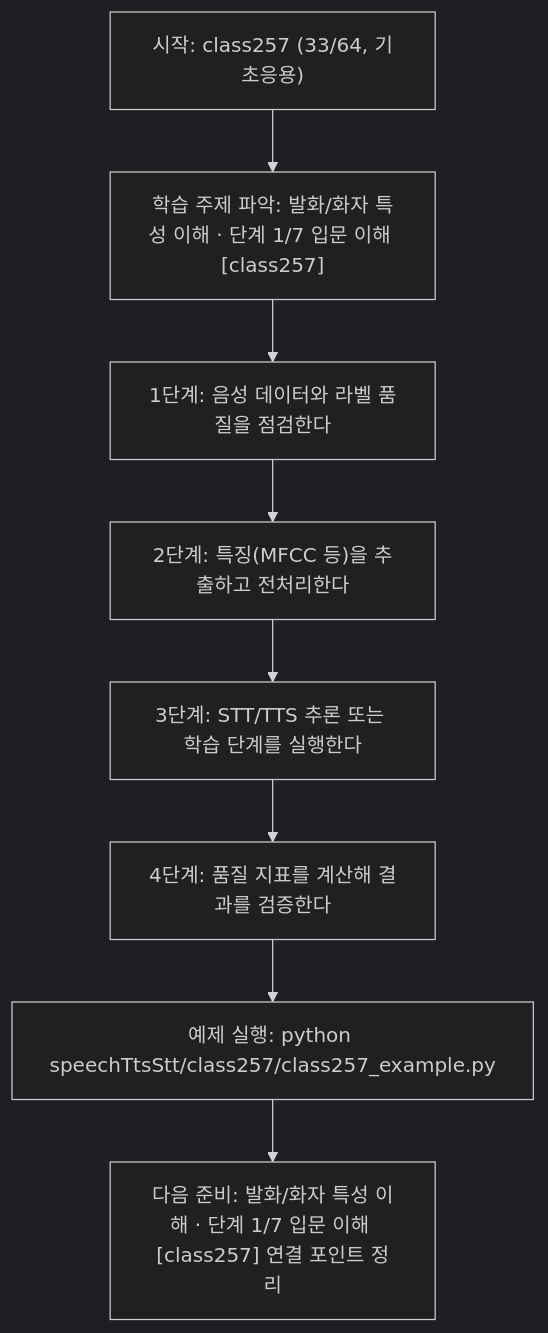
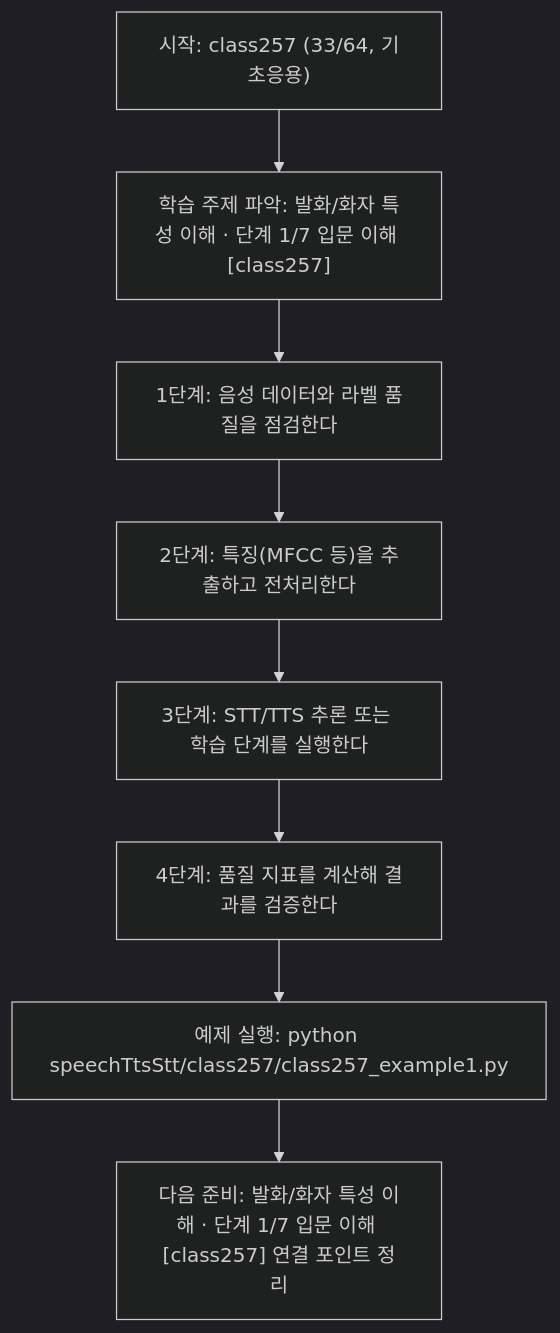
The diagram in speechTtsStt/class257/class257.md (edumgt/Python-AI_Agent-Class), drawn with Mermaid (dark theme) before and after one commit. The commit also changed other lines of this file and 2959 other files, not shown here.

````diff
--- a/speechTtsStt/class257/class257.md
+++ b/speechTtsStt/class257/class257.md
@@ -115,18 +115,18 @@
 ```mermaid
 flowchart TD
 N1["시작: class257 (33/64, 기초응용)"]
 N2["학습 주제 파악: 발화/화자 특성 이해 · 단계 1/7 입문 이해 [class257]"]
 N3["1단계: 음성 데이터와 라벨 품질을 점검한다"]
 N4["2단계: 특징(MFCC 등)을 추출하고 전처리한다"]
 N5["3단계: STT/TTS 추론 또는 학습 단계를 실행한다"]
 N6["4단계: 품질 지표를 계산해 결과를 검증한다"]
-N7["예제 실행: python speechTtsStt/class257/class257_example.py"]
+N7["예제 실행: python speechTtsStt/class257/class257_example1.py"]
 N8["다음 준비: 발화/화자 특성 이해 · 단계 1/7 입문 이해 [class257] 연결 포인트 정리"]
 N1 --> N2
 N2 --> N3
 N3 --> N4
 N4 --> N5
 N5 --> N6
 N6 --> N7
 N7 --> N8
 ```
````
